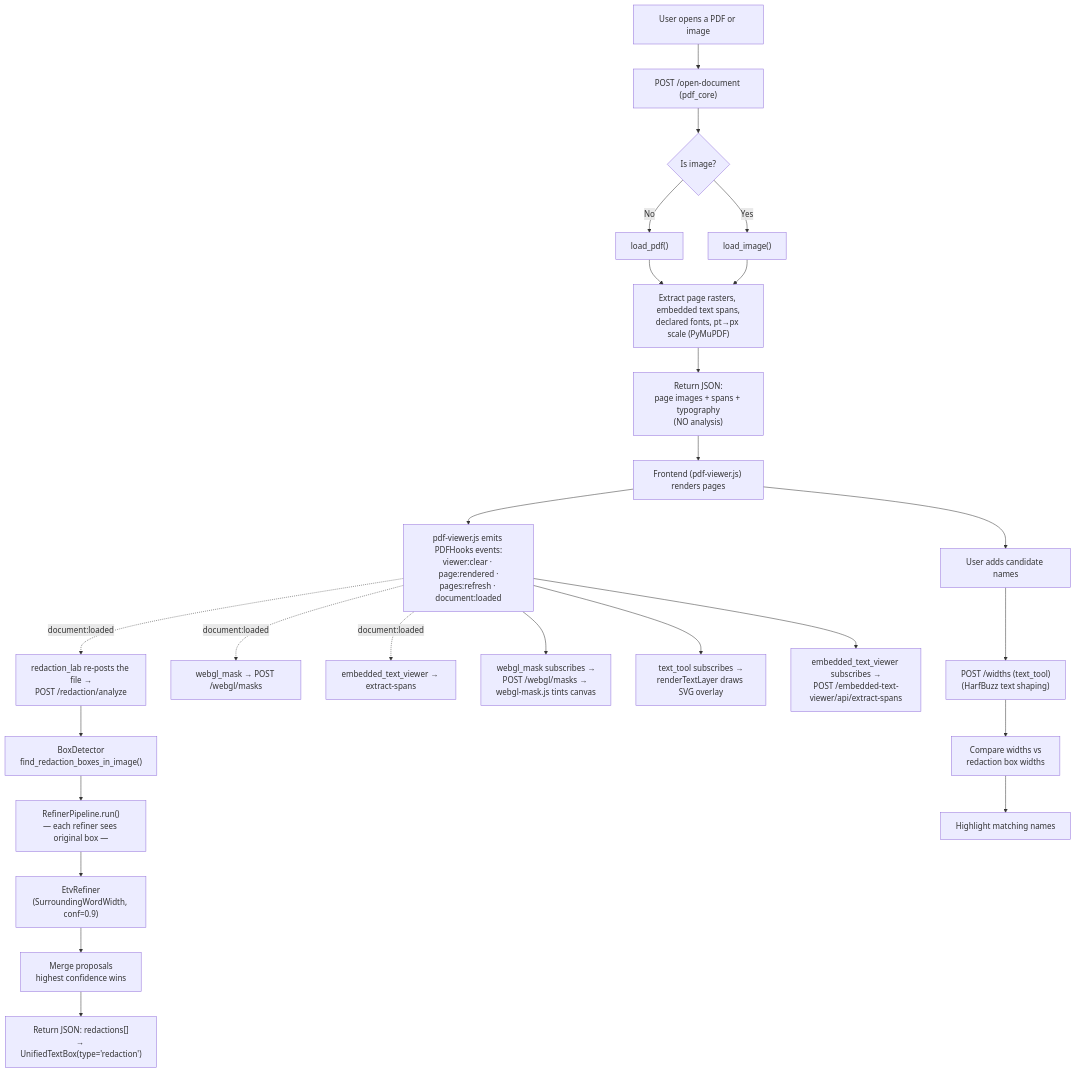
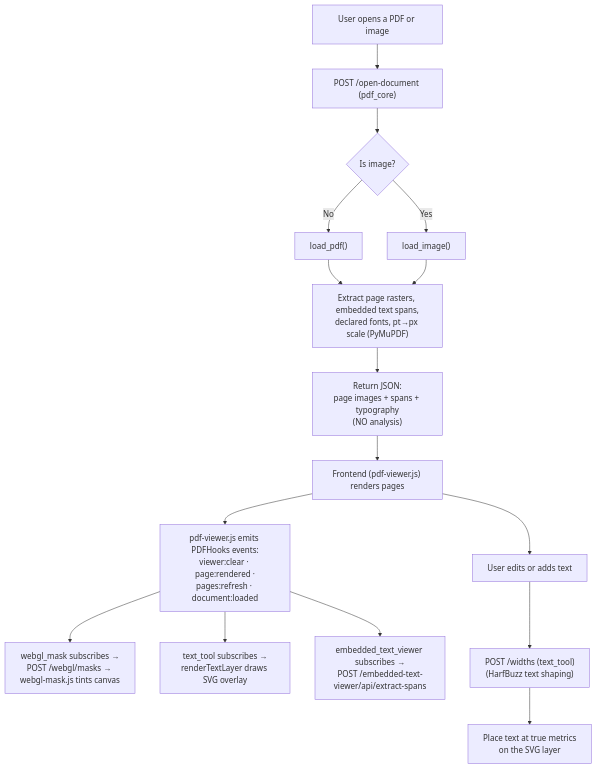
One commit to JaguarM/Recto changed the first of 2 diagrams in guide/architecture/architecture-overview.md. Above: the diagram before and after it, drawn with Mermaid. The commit also changed other lines of this file and 30 other files, not shown here.

````diff
--- a/guide/architecture/architecture-overview.md
+++ b/guide/architecture/architecture-overview.md
@@ -137,33 +119,22 @@
 ```mermaid
 flowchart TD
     A["User opens a PDF or image"] --> B["POST /open-document (pdf_core)"]
     B --> C{"Is image?"}
     C -->|Yes| D["load_image()"]
     C -->|No| E["load_pdf()"]
 
     E --> F["Extract page rasters, embedded text spans,\ndeclared fonts, pt→px scale (PyMuPDF)"]
     D --> F
     F --> I["Return JSON:\npage images + spans + typography\n(NO analysis)"]
 
     I --> J["Frontend (pdf-viewer.js) renders pages"]
     J --> HOOK["pdf-viewer.js emits PDFHooks events:\nviewer:clear · page:rendered ·\npages:refresh · document:loaded"]
 
-    HOOK -.->|"document:loaded"| RL["redaction_lab re-posts the file →\nPOST /redaction/analyze"]
-    RL --> G["BoxDetector\nfind_redaction_boxes_in_image()"]
-    G --> RP["RefinerPipeline.run()\n— each refiner sees original box —"]
-    RP --> ETV["EtvRefiner\n(SurroundingWordWidth, conf=0.9)"]
-    ETV --> MERGE["Merge proposals\nhighest confidence wins"]
-    MERGE --> BOXES["Return JSON: redactions[]\n→ UnifiedTextBox(type='redaction')"]
-
-    HOOK -.->|"document:loaded"| WM["webgl_mask → POST /webgl/masks"]
-    HOOK -.->|"document:loaded"| ETVP["embedded_text_viewer → extract-spans"]
-
     HOOK --> O["webgl_mask subscribes →\nPOST /webgl/masks → webgl-mask.js tints canvas"]
     HOOK --> TXT["text_tool subscribes →\nrenderTextLayer draws SVG overlay"]
     HOOK --> ETVJS["embedded_text_viewer subscribes →\nPOST /embedded-text-viewer/api/extract-spans"]
 
-    J --> K["User adds candidate names"]
+    J --> K["User edits or adds text"]
     K --> L["POST /widths (text_tool)\n(HarfBuzz text shaping)"]
-    L --> M["Compare widths vs\nredaction box widths"]
-    M --> N["Highlight matching names"]
+    L --> M["Place text at true metrics\non the SVG layer"]
 ```
````
